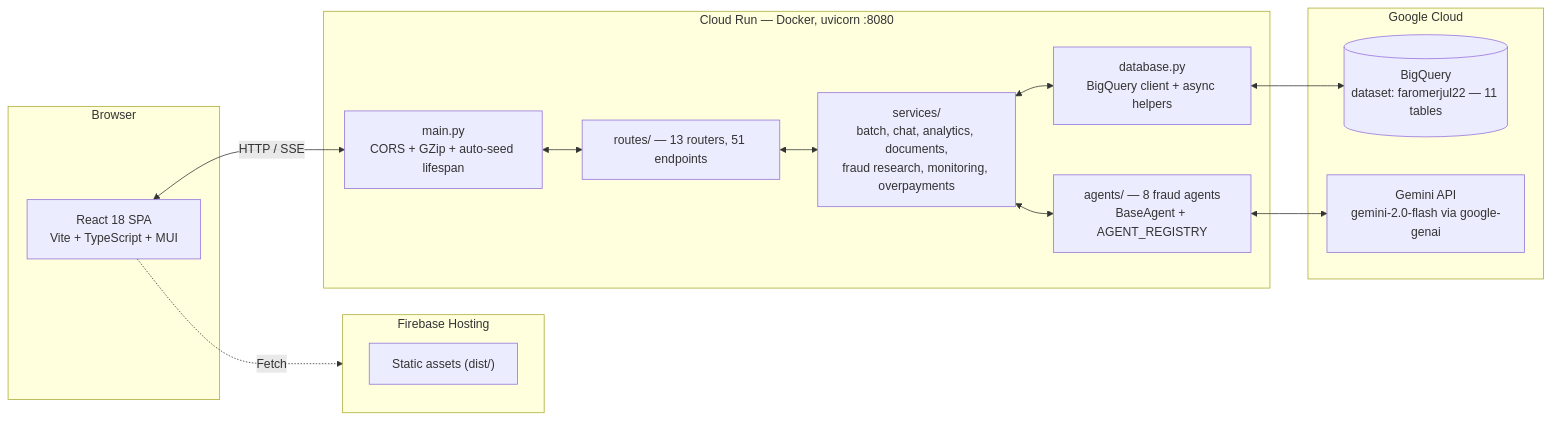
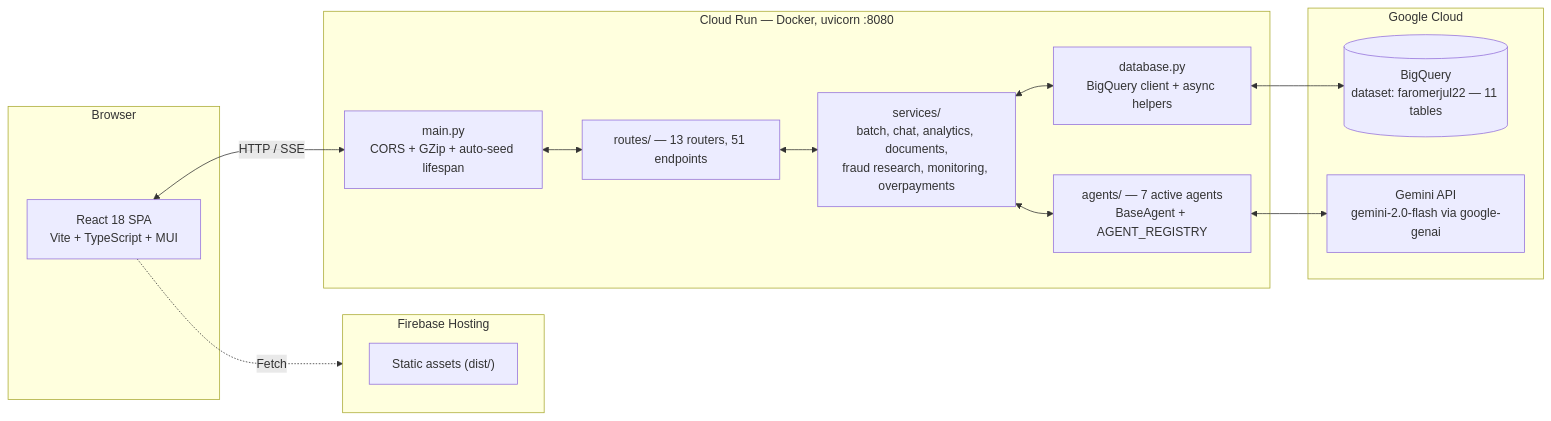
The first of 3 diagrams in README.md (farahomer1/cms-fraud-shield3), drawn with Mermaid before and after one commit.

Commit message:
docs: align system architecture diagram in README.md with the 7 active agents structure

````diff
--- a/README.md
+++ b/README.md
@@ -80,32 +80,32 @@
 ```mermaid
 flowchart LR
     subgraph Browser
         UI["React 18 SPA<br/>Vite + TypeScript + MUI"]
     end
 
     subgraph FirebaseHosting["Firebase Hosting"]
         STATIC["Static assets (dist/)"]
     end
 
     subgraph CloudRun["Cloud Run — Docker, uvicorn :8080"]
         MAIN["main.py<br/>CORS + GZip + auto-seed lifespan"]
         ROUTES["routes/ — 13 routers, 51 endpoints"]
         SERVICES["services/<br/>batch, chat, analytics, documents,<br/>fraud research, monitoring, overpayments"]
-        AGENTS["agents/ — 8 fraud agents<br/>BaseAgent + AGENT_REGISTRY"]
+        AGENTS["agents/ — 7 active agents<br/>BaseAgent + AGENT_REGISTRY"]
         DB["database.py<br/>BigQuery client + async helpers"]
     end
 
     subgraph GoogleCloud["Google Cloud"]
         BQ[("BigQuery<br/>dataset: faromerjul22 — 11 tables")]
         GEMINI["Gemini API<br/>gemini-2.0-flash via google-genai"]
     end
 
     UI <-->|HTTP / SSE| MAIN
     UI -.->|Fetch| FirebaseHosting
     MAIN <--> ROUTES
     ROUTES <--> SERVICES
     SERVICES <--> AGENTS
     SERVICES <--> DB
     AGENTS <--> GEMINI
     DB <--> BQ
 ```
````
